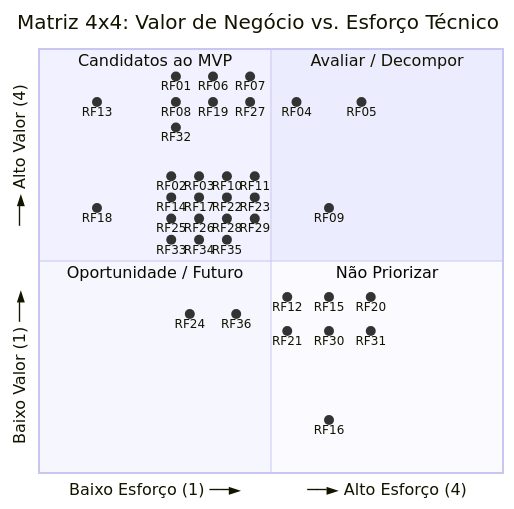
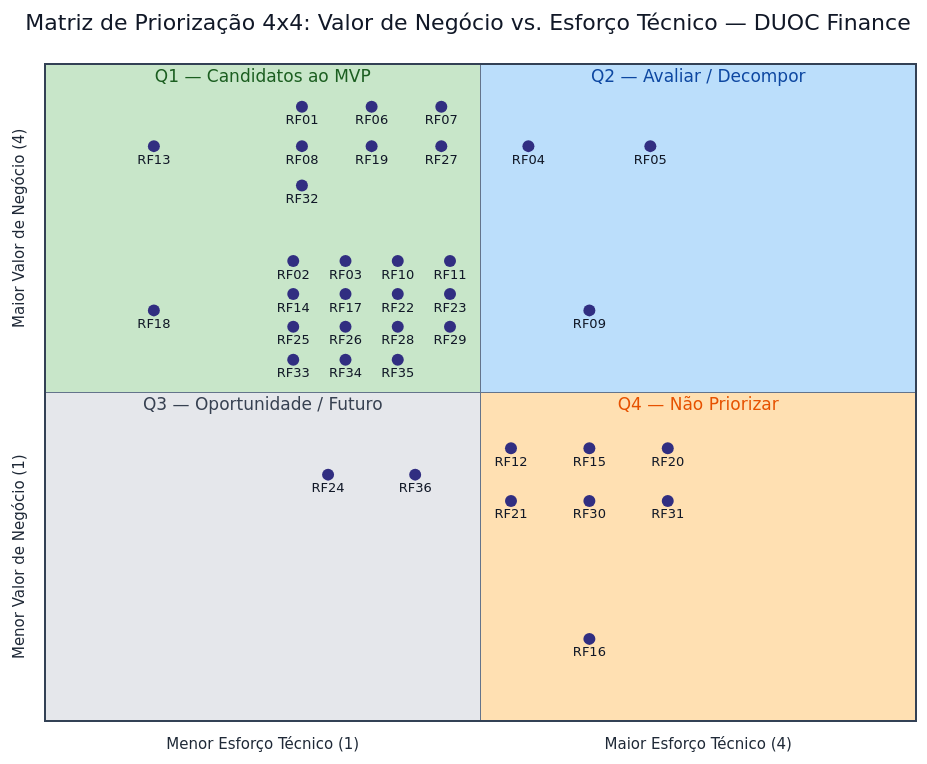
The second of 2 diagrams in docs/requisitos/priorizacao.md (mdsreq-fga-unb/REQ-2026.2-T01-DUOC-Finance), drawn with Mermaid before and after one commit. The commit also changed other lines of this file and 8 other files, not shown here.

````diff
--- a/docs/requisitos/priorizacao.md
+++ b/docs/requisitos/priorizacao.md
@@ -295,12 +295,45 @@
 ```mermaid
+%%{init: {
+  "theme": "base",
+  "quadrantChart": {
+    "chartWidth": 920,
+    "chartHeight": 760,
+    "titleFontSize": 22,
+    "titlePadding": 16,
+    "quadrantLabelFontSize": 17,
+    "quadrantPadding": 12,
+    "xAxisLabelFontSize": 15,
+    "yAxisLabelFontSize": 15,
+    "pointLabelFontSize": 13,
+    "pointRadius": 6,
+    "pointTextPadding": 8
+  },
+  "themeVariables": {
+    "quadrant1Fill": "#bbdefb",
+    "quadrant2Fill": "#c8e6c9",
+    "quadrant3Fill": "#e5e7eb",
+    "quadrant4Fill": "#ffe0b2",
+    "quadrant1TextFill": "#0d47a1",
+    "quadrant2TextFill": "#1b5e20",
+    "quadrant3TextFill": "#374151",
+    "quadrant4TextFill": "#e65100",
+    "quadrantPointFill": "#312e81",
+    "quadrantPointTextFill": "#111827",
+    "quadrantXAxisTextFill": "#1f2937",
+    "quadrantYAxisTextFill": "#1f2937",
+    "quadrantInternalBorderStrokeFill": "#64748b",
+    "quadrantExternalBorderStrokeFill": "#334155",
+    "quadrantTitleFill": "#111827"
+  }
+}}%%
 quadrantChart
-    title Matriz 4x4: Valor de Negócio vs. Esforço Técnico
-    x-axis "Baixo Esforço (1) ──►" --> "──► Alto Esforço (4)"
-    y-axis "Baixo Valor (1) ──►" --> "──► Alto Valor (4)"
-    quadrant-1 "Avaliar / Decompor"
-    quadrant-2 "Candidatos ao MVP"
-    quadrant-3 "Oportunidade / Futuro"
-    quadrant-4 "Não Priorizar"
+    title Matriz de Priorização 4x4: Valor de Negócio vs. Esforço Técnico — DUOC Finance
+    x-axis "Menor Esforço Técnico (1)" --> "Maior Esforço Técnico (4)"
+    y-axis "Menor Valor de Negócio (1)" --> "Maior Valor de Negócio (4)"
+    quadrant-1 "Q2 — Avaliar / Decompor"
+    quadrant-2 "Q1 — Candidatos ao MVP"
+    quadrant-3 "Q3 — Oportunidade / Futuro"
+    quadrant-4 "Q4 — Não Priorizar"
 
     "RF13": [0.125, 0.875]
 
````
